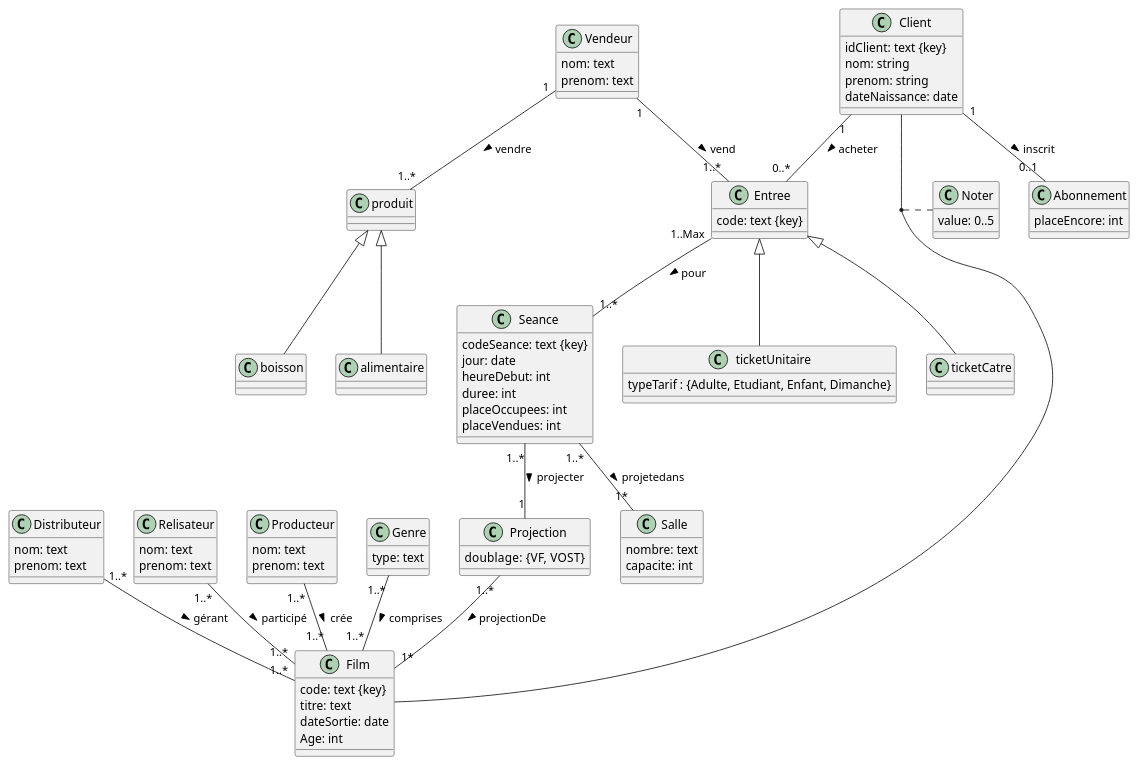
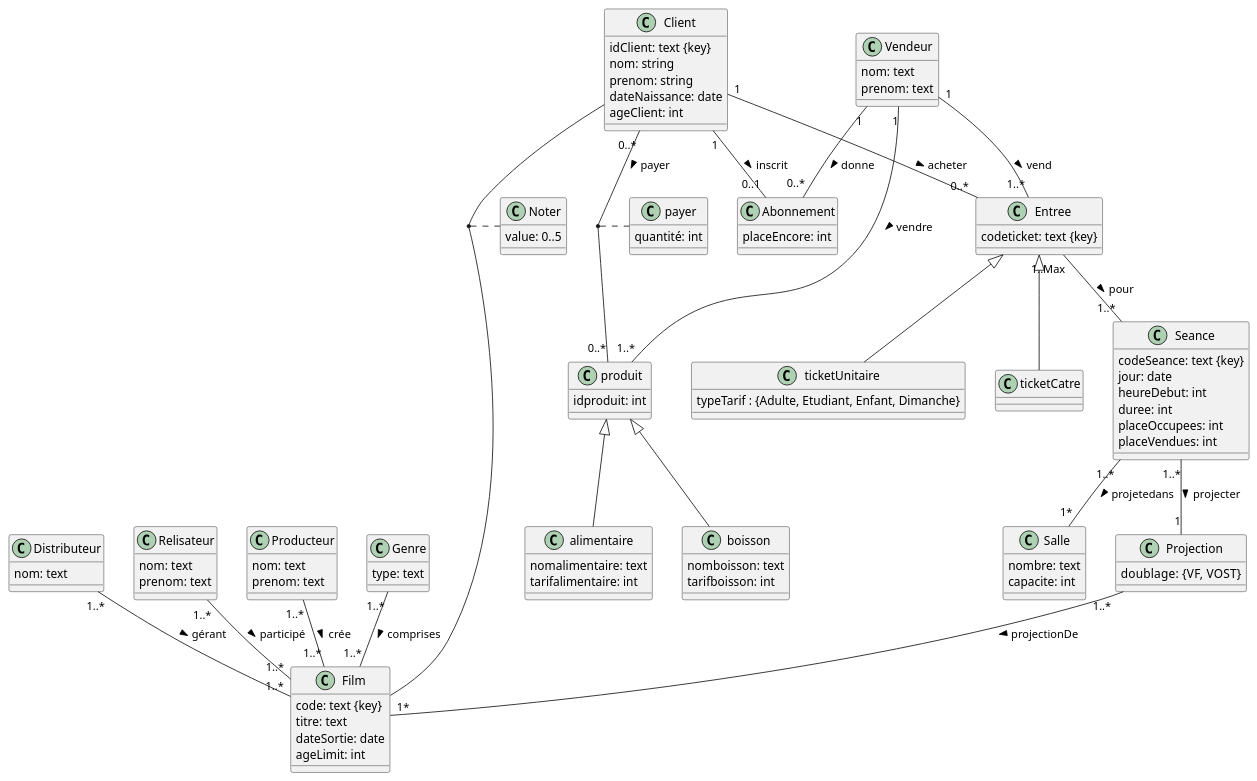
One commit to hoxuanvinh1999/NF17_Complexe_Cinematographique changed the diagram in MCDProjet2.plantuml. Above: the diagram before and after it, drawn with PlantUML.

```diff
--- a/MCDProjet2.plantuml
+++ b/MCDProjet2.plantuml
@@ -1,111 +1,122 @@
   @startuml
   class Film{
-   code: text {key}
-   titre: text
-   dateSortie: date
-   Age: int
-  }
-  class Distributeur{
-   nom: text
-   prenom: text
-  }
-  class Relisateur{
-   nom: text
-   prenom: text
-  }
-  class Producteur{
-   nom: text
-   prenom: text
-  }
-  class Genre{
-   type: text
-  }
-   Distributeur "1..*" -- "1..*" Film : gérant >
-   Relisateur "1..*" -- "1..*" Film : participé >
-   Producteur "1..*" -- "1..*" Film : crée >
-   Genre "1..*" -- "1..*" Film : comprises >
+     code: text {key}
+     titre: text
+     dateSortie: date
+     ageLimit: int
+    }
+    class Distributeur{
+     nom: text
+    }
+    class Relisateur{
+     nom: text
+     prenom: text
+    }
+    class Producteur{
+     nom: text
+     prenom: text
+    }
+    class Genre{
+     type: text
+    }
+     Distributeur "1..*" -- "1..*" Film : gérant >
+     Relisateur "1..*" -- "1..*" Film : participé >
+     Producteur "1..*" -- "1..*" Film : crée >
+     Genre "1..*" -- "1..*" Film : comprises >
 
 
 
 
-  class Seance{
-   codeSeance: text {key}
-   jour: date
-   heureDebut: int
-   duree: int
-   placeOccupees: int
-   placeVendues: int
-  }
+    class Seance{
+     codeSeance: text {key}
+     jour: date
+     heureDebut: int
+     duree: int
+     placeOccupees: int
+     placeVendues: int
+    }
 
-  class Vendeur{
-    nom: text
-    prenom: text
-  }
+    class Vendeur{
+      nom: text
+      prenom: text
+    }
 
-  class produit{
-  }
+    class produit{
+    idproduit: int
+    }
 
-  class boisson {
-  }
+    class boisson {
+    nomboisson: text
+    tarifboisson: int
+    }
 
-  class alimentaire{
-  }
+    class alimentaire{
+    nomalimentaire: text
+    tarifalimentaire: int
+    }
 
 
-  class Projection{
-   doublage:  {VF, VOST}
-  }
+    class Projection{
+     doublage:  {VF, VOST}
+    }
 
-  class Salle{
-    nombre: text
-    capacite: int
-  }
+    class Salle{
+      nombre: text
+      capacite: int
+    }
 
-  Seance "1..*" -- "1*" Salle :  projetedans >
-  Vendeur "1" -- "1..*" Entree : vend >
-  Vendeur "1" -- "1..*" produit : vendre >
-  produit <|-- boisson
-  produit <|-- alimentaire
+    Seance "1..*" -- "1*" Salle :  projetedans >
+    Vendeur "1" -- "1..*" Entree : vend >
+    Vendeur "1" -- "1..*" produit : vendre >
+    Vendeur "1" -- "0..*" Abonnement: donne >
+    produit <|-- boisson
+    produit <|-- alimentaire
 
 
 
-  class Client{
-   idClient: text {key}
-   nom: string
-   prenom: string
-   dateNaissance: date
-  }
-  class Noter{
-   value: 0..5
-  }
+    class Client{
+     idClient: text {key}
+     nom: string
+     prenom: string
+     dateNaissance: date
+     ageClient: int
+    }
+    class Noter{
+     value: 0..5
+    }
 
-  class Entree{
-   code: text {key}
-  }
+    class Entree{
+     codeticket: text {key}
+    }
 
-  class ticketUnitaire{
-    typeTarif : {Adulte, Etudiant, Enfant, Dimanche}
-  }
-  class ticketCatre{
-  }
+    class ticketUnitaire{
+      typeTarif : {Adulte, Etudiant, Enfant, Dimanche}
+    }
+    class ticketCatre{
+    }
 
-  class Abonnement {
-   placeEncore: int
-  }
+    class Abonnement {
+     placeEncore: int
+    }
+
+    class payer{
+    quantité: int
+    }
 
 
 
-  (Client, Film) .. Noter
+    (Client, Film) .. Noter
 
-  Seance "1..*" -- "1" Projection : projecter >
-  Projection "1..*" -- "1*" Film : projectionDe >
+    Seance "1..*" -- "1" Projection : projecter >
+    Projection "1..*" -- "1*" Film : projectionDe >
 
-  Client "1" -- "0..*" Entree : acheter >
-  Entree "1..Max" -- "1..*" Seance : pour >
+    Client "1" -- "0..*" Entree : acheter >
+    Client "0..*" -- "0..*" produit: payer >
+    Entree "1..Max" -- "1..*" Seance : pour >
+    (Client, produit)..payer
 
-  Entree <|-- ticketCatre
-  Entree <|-- ticketUnitaire
+    Entree <|-- ticketCatre
+    Entree <|-- ticketUnitaire
 
-  Client "1" -- "0..1" Abonnement : inscrit >
-
+    Client "1" -- "0..1" Abonnement : inscrit >
   @enduml
```
